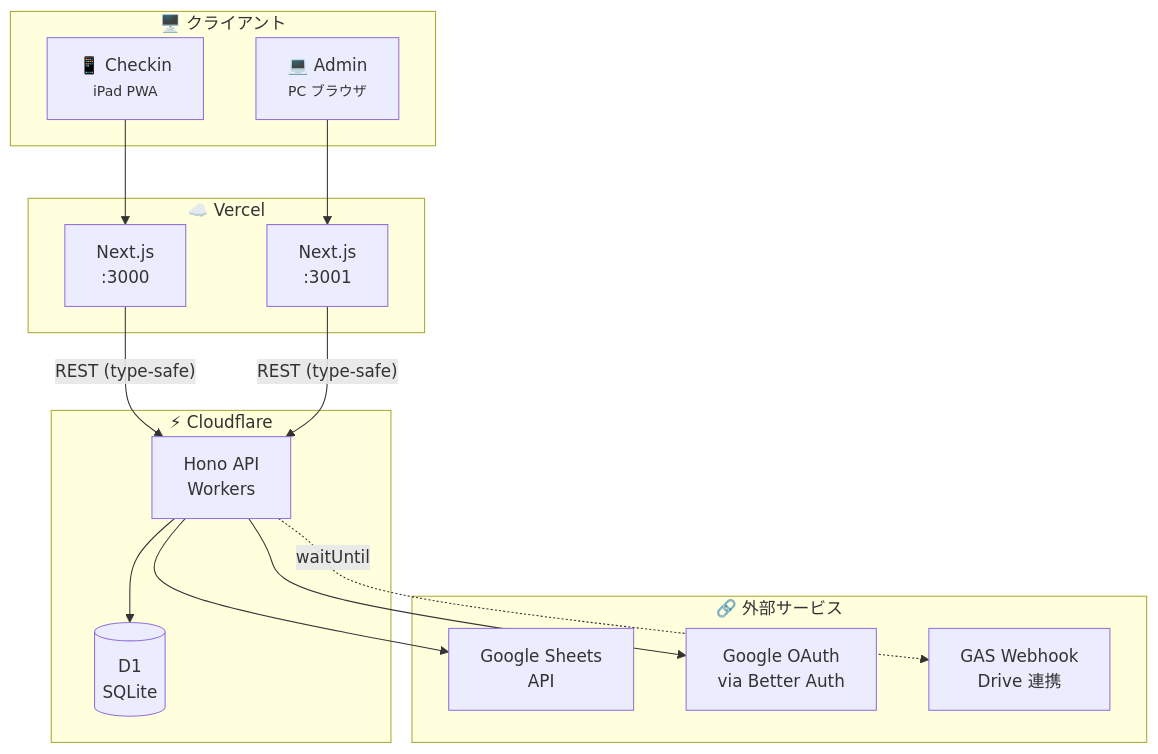
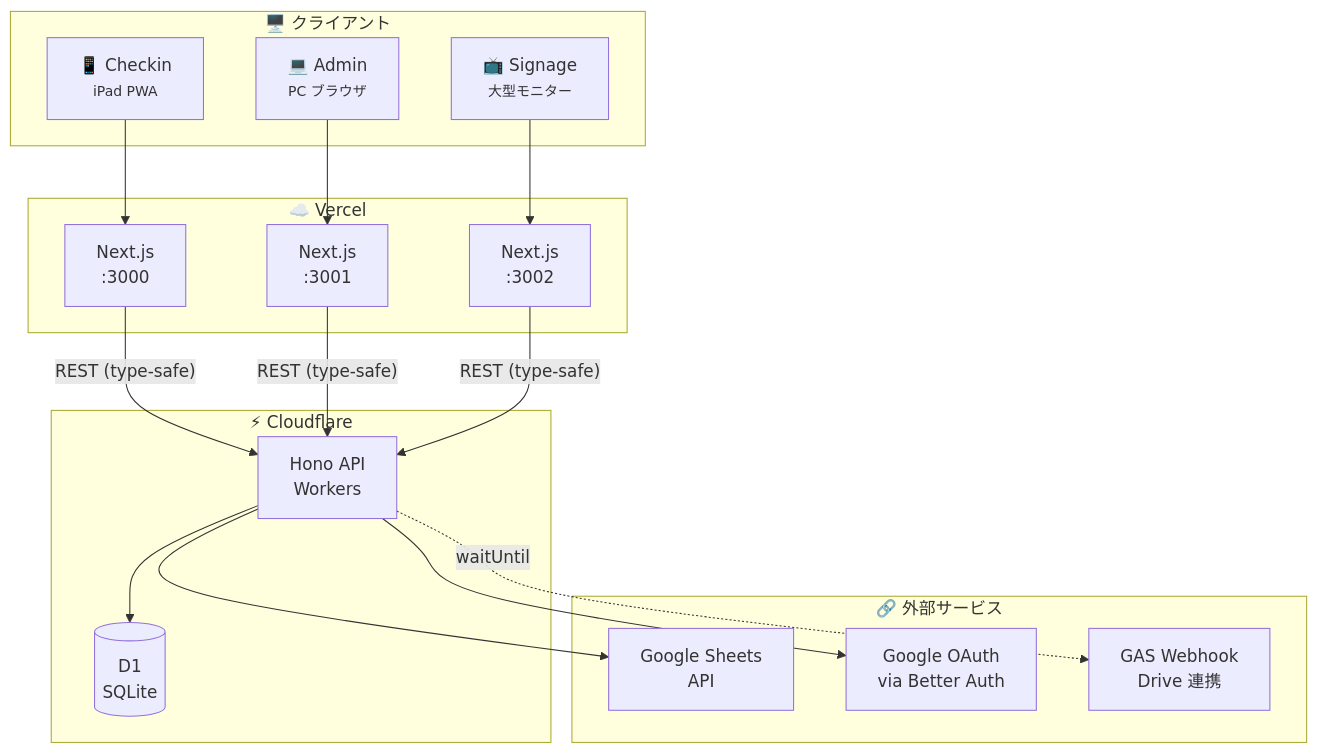
The first of 3 diagrams in README.md (ut42tech/tecnova-platform), drawn with Mermaid before and after one commit. The commit also changed other lines of this file and 3 other files, not shown here.

````diff
--- a/README.md
+++ b/README.md
@@ -103,34 +104,38 @@
 ```mermaid
 graph TB
     subgraph Clients["🖥️ クライアント"]
         C1["📱 Checkin<br/><small>iPad PWA</small>"]
         C3["💻 Admin<br/><small>PC ブラウザ</small>"]
+        C4["📺 Signage<br/><small>大型モニター</small>"]
     end
 
     subgraph Hosting["☁️ Vercel"]
         V1["Next.js<br/>:3000"]
         V3["Next.js<br/>:3001"]
+        V4["Next.js<br/>:3002"]
     end
 
     subgraph Edge["⚡ Cloudflare"]
         API["Hono API<br/>Workers"]
         D1[("D1<br/>SQLite")]
     end
 
     subgraph External["🔗 外部サービス"]
         GS["Google Sheets<br/>API"]
         GA["Google OAuth<br/>via Better Auth"]
         GAS["GAS Webhook<br/>Drive 連携"]
     end
 
     C1 --> V1
     C3 --> V3
+    C4 --> V4
 
     V1 -- "REST (type-safe)" --> API
     V3 -- "REST (type-safe)" --> API
+    V4 -- "REST (type-safe)" --> API
 
     API --> D1
     API --> GS
     API --> GA
     API -. "waitUntil" .-> GAS
 ```
````
